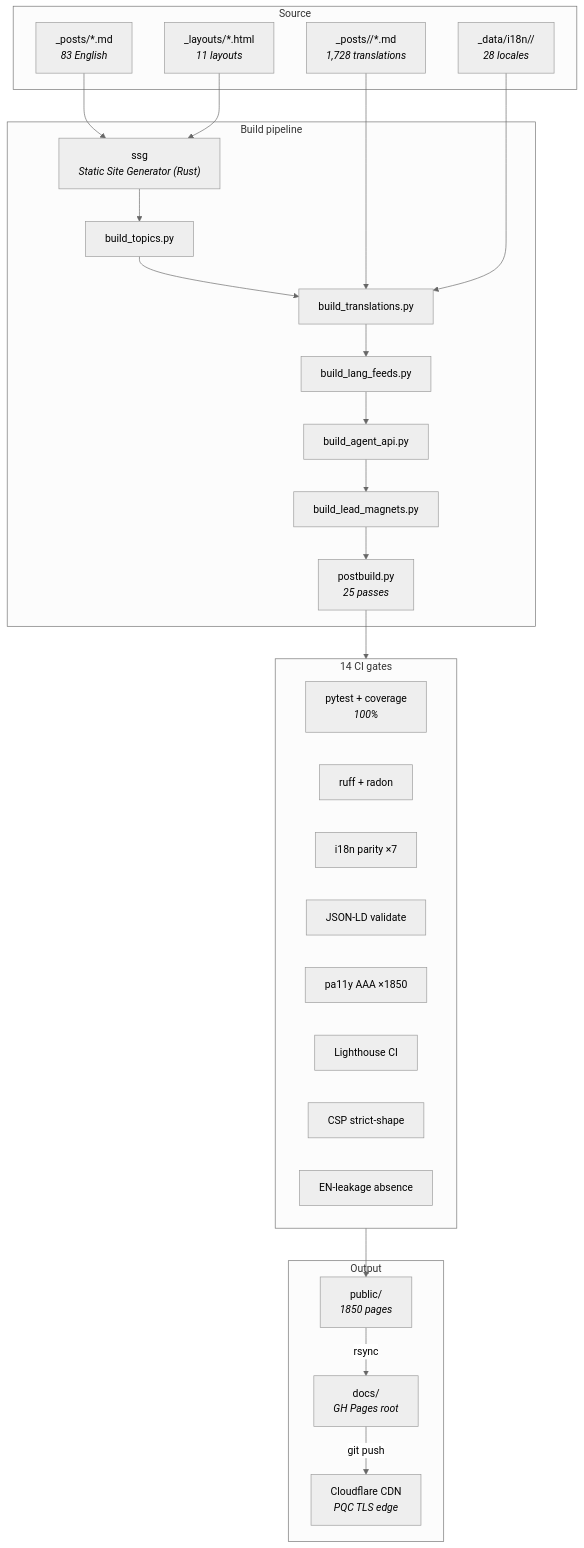
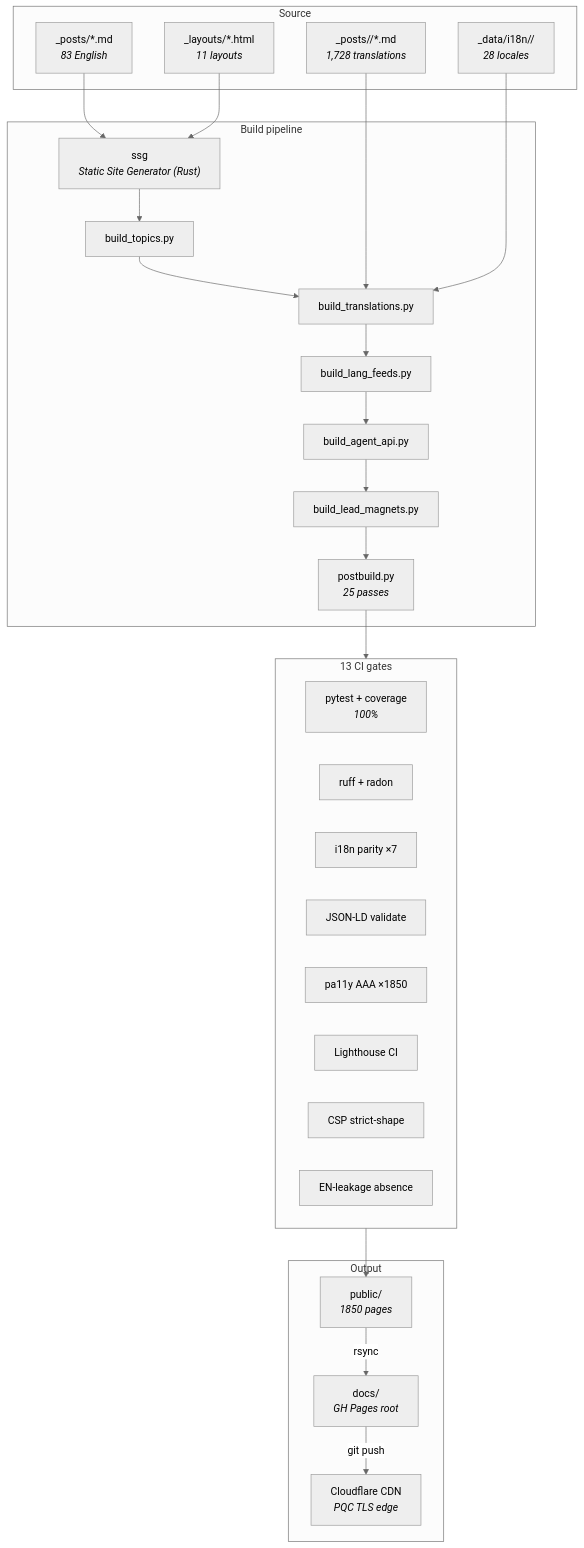
The first of 7 diagrams in README.md (sebastienrousseau/sebastienrousseau.github.io), drawn with Mermaid before and after one commit. The commit also changed other lines of this file and 4574 other files, not shown here.

````diff
--- a/README.md
+++ b/README.md
@@ -141,52 +146,52 @@
 ```mermaid
 %%{init: {'theme':'neutral'} }%%
 flowchart TB
  subgraph SRC["Source"]
  EN["_posts/*.md<br/><i>83 English</i>"]
  T["_posts/<lang>/*.md<br/><i>1,728 translations</i>"]
  L["_layouts/*.html<br/><i>11 layouts</i>"]
  D["_data/i18n/<lang>/<br/><i>28 locales</i>"]
  end
 
  subgraph BUILD["Build pipeline"]
  SSG["ssg<br/><i>Static Site Generator (Rust)</i>"]
  BT["build_topics.py"]
  BR["build_translations.py"]
  BF["build_lang_feeds.py"]
  BA["build_agent_api.py"]
  BL["build_lead_magnets.py"]
  PB["postbuild.py<br/><i>25 passes</i>"]
  end
 
- subgraph GATES["14 CI gates"]
+ subgraph GATES["13 CI gates"]
  G1["pytest + coverage<br/><i>100%</i>"]
  G2["ruff + radon"]
  G3["i18n parity ×7"]
  G4["JSON-LD validate"]
  G5["pa11y AAA ×1850"]
  G6["Lighthouse CI"]
  G7["CSP strict-shape"]
  G8["EN-leakage absence"]
  end
 
  subgraph OUT["Output"]
  P["public/<br/><i>1850 pages</i>"]
  DC["docs/<br/><i>GH Pages root</i>"]
  CF["Cloudflare CDN<br/><i>PQC TLS edge</i>"]
  end
 
  EN --> SSG
  L --> SSG
  SSG --> BT
  BT --> BR
  T --> BR
  D --> BR
  BR --> BF
  BF --> BA
  BA --> BL
  BL --> PB
  PB --> GATES
  GATES --> P
  P -->|rsync| DC
  DC -->|git push| CF
 ```
````
